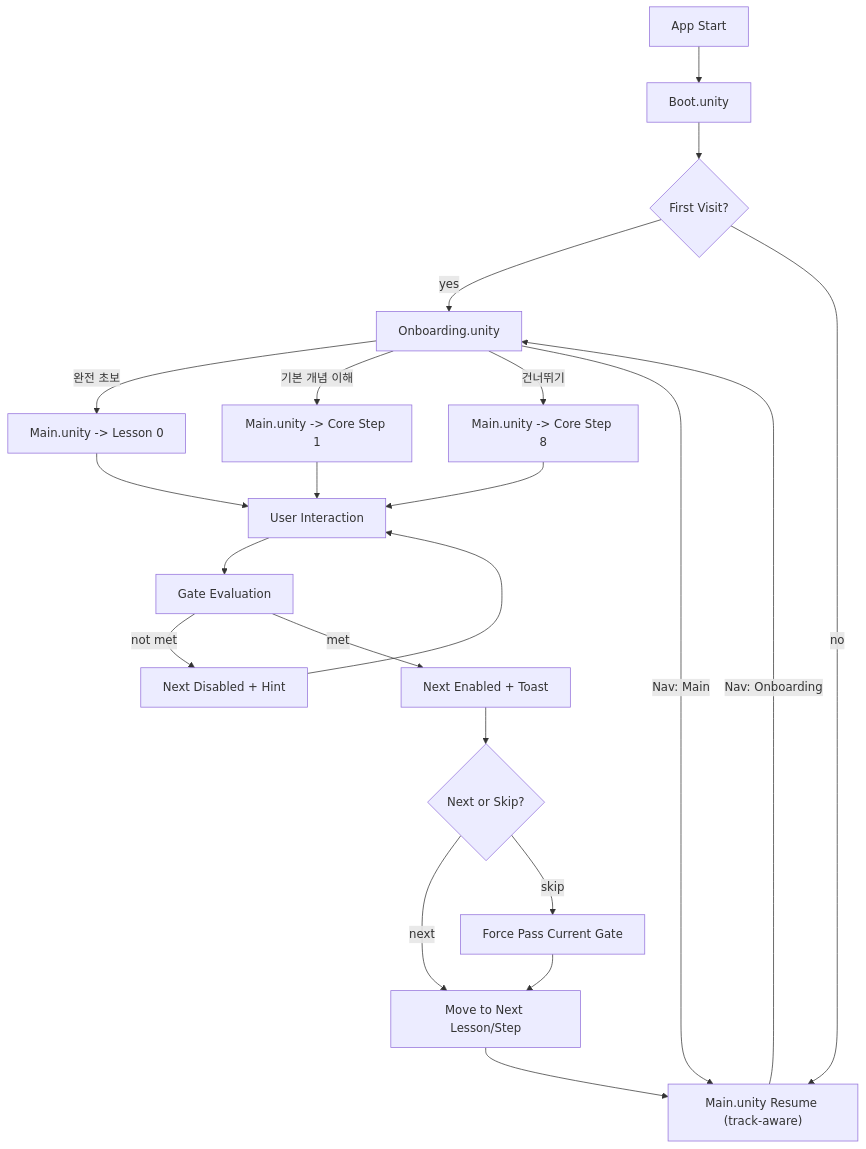
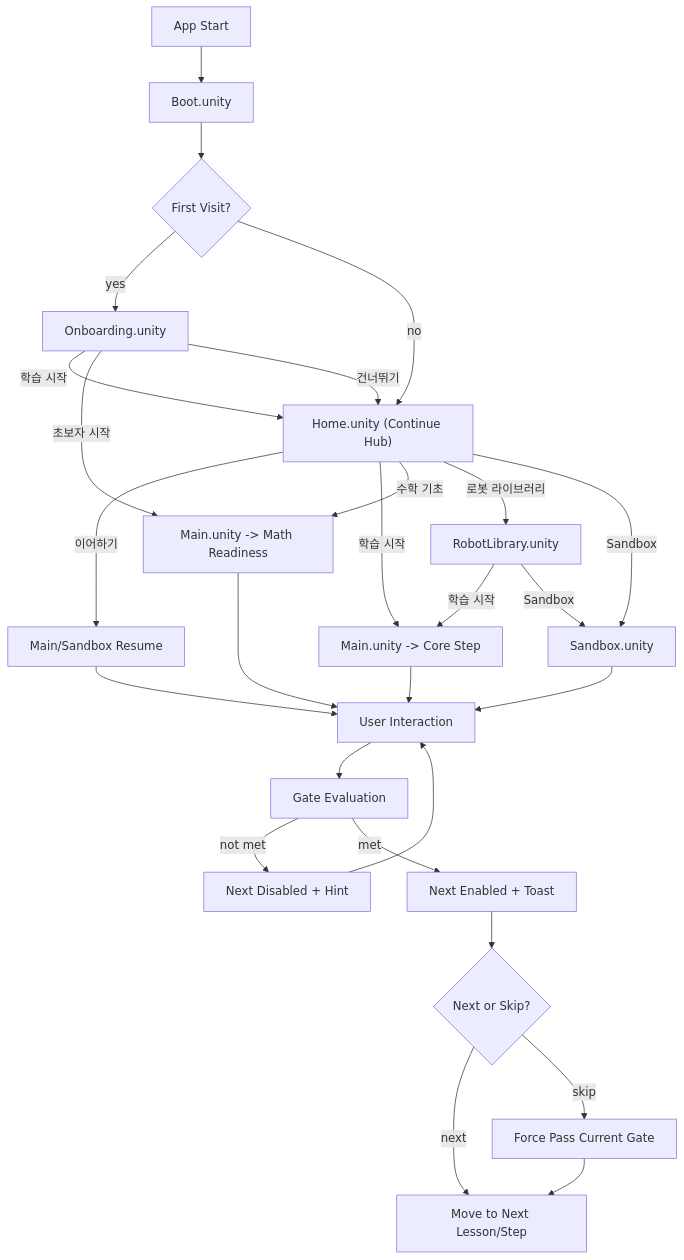
The diagram in docs/ref/USER-FLOW.md (kimjuyoung1127/robotapp), drawn with Mermaid before and after one commit. The commit also changed other lines of this file and 28 other files, not shown here.

Commit message:
Add manipulation-first math readiness guidance

````diff
--- a/docs/ref/USER-FLOW.md
+++ b/docs/ref/USER-FLOW.md
@@ -38,24 +52,32 @@
 ```mermaid
 flowchart TD
   A["App Start"] --> B["Boot.unity"]
   B --> C{"First Visit?"}
   C -->|"yes"| D["Onboarding.unity"]
-  C -->|"no"| E["Main.unity Resume (track-aware)"]
+  C -->|"no"| H["Home.unity (Continue Hub)"]
 
-  D -->|"완전 초보"| F["Main.unity -> Lesson 0"]
-  D -->|"기본 개념 이해"| G["Main.unity -> Core Step 1"]
-  D -->|"건너뛰기"| H["Main.unity -> Core Step 8"]
-  D -->|"Nav: Main"| E
-  E -->|"Nav: Onboarding"| D
+  D -->|"학습 시작"| H
+  D -->|"초보자 시작"| G["Main.unity -> Math Readiness"]
+  D -->|"건너뛰기"| H
 
-  F --> I["User Interaction"]
+  H -->|"이어하기"| E["Main/Sandbox Resume"]
+  H -->|"학습 시작"| F["Main.unity -> Core Step"]
+  H -->|"수학 기초"| G["Main.unity -> Math Readiness"]
+  H -->|"로봇 라이브러리"| R["RobotLibrary.unity"]
+  H -->|"Sandbox"| S["Sandbox.unity"]
+
+  E --> I["User Interaction"]
+  F --> I
   G --> I
-  H --> I
+  R -->|"학습 시작"| F
+  R -->|"Sandbox"| S
+  S --> I
+
   I --> J["Gate Evaluation"]
   J -->|"not met"| K["Next Disabled + Hint"] --> I
   J -->|"met"| L["Next Enabled + Toast"]
 
   L --> M{"Next or Skip?"}
-  M -->|"next"| N["Move to Next Lesson/Step"] --> E
+  M -->|"next"| N["Move to Next Lesson/Step"]
   M -->|"skip"| O["Force Pass Current Gate"] --> N
 ```
````
